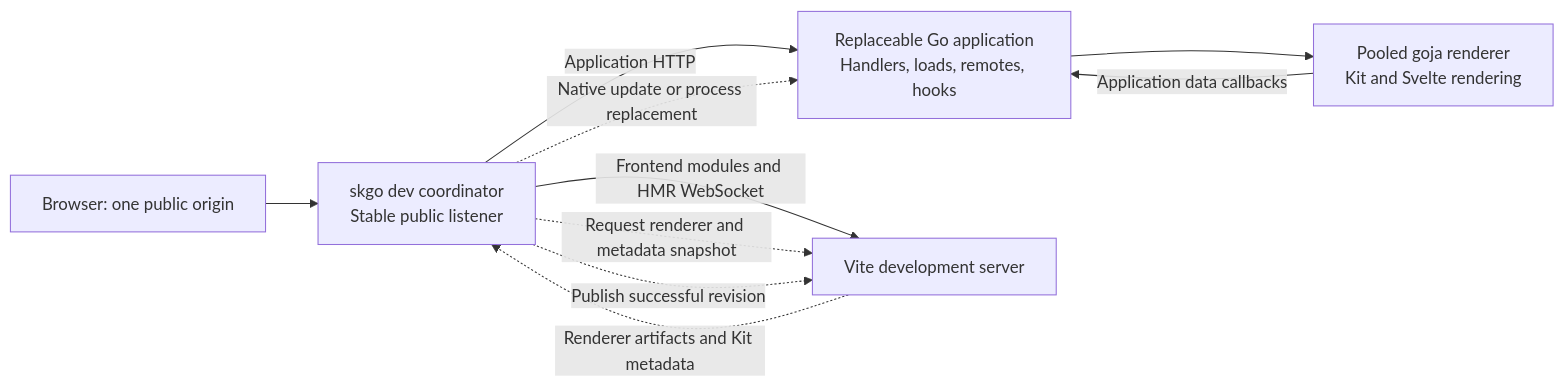
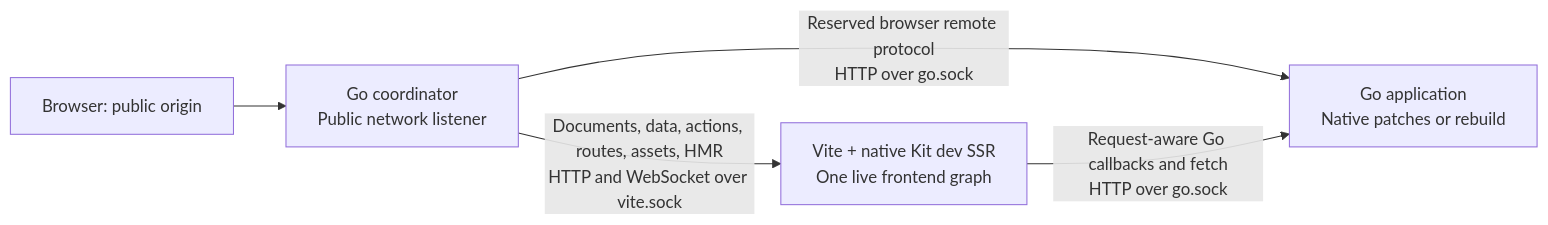
One commit to tylergannon/skgo changed the diagram in ephemeral/projects/dev-server/DESIGN.md. Above: the diagram before and after it, drawn with Mermaid. The commit also changed other lines of this file and 33 other files, not shown here.

Commit message:
docs: validate native Kit dev SSR over private Unix sockets

````diff
--- a/ephemeral/projects/dev-server/DESIGN.md
+++ b/ephemeral/projects/dev-server/DESIGN.md
@@ -60,12 +9,13 @@
 ```mermaid
 flowchart LR
-    B[Browser: one public origin] --> C[skgo dev coordinator\nStable public listener]
-    C -->|Application HTTP| G[Replaceable Go application\nHandlers, loads, remotes, hooks]
-    C -->|Frontend modules and HMR WebSocket| V[Vite development server]
-    G --> R[Pooled goja renderer\nKit and Svelte rendering]
-    R -->|Application data callbacks| G
-    C -.->|Native update or process replacement| G
-    C -.->|Request renderer and metadata snapshot| V
-    V -.->|Renderer artifacts and Kit metadata| C
-    C -.->|Publish successful revision| V
+    B[Browser: public origin] --> C[Go coordinator
+Public network listener]
+    C -->|Documents, data, actions, routes, assets, HMR
+HTTP and WebSocket over vite.sock| V[Vite + native Kit dev SSR
+One live frontend graph]
+    C -->|Reserved browser remote protocol
+HTTP over go.sock| G[Go application
+Native patches or rebuild]
+    V -->|Request-aware Go callbacks and fetch
+HTTP over go.sock| G
 ```
````
